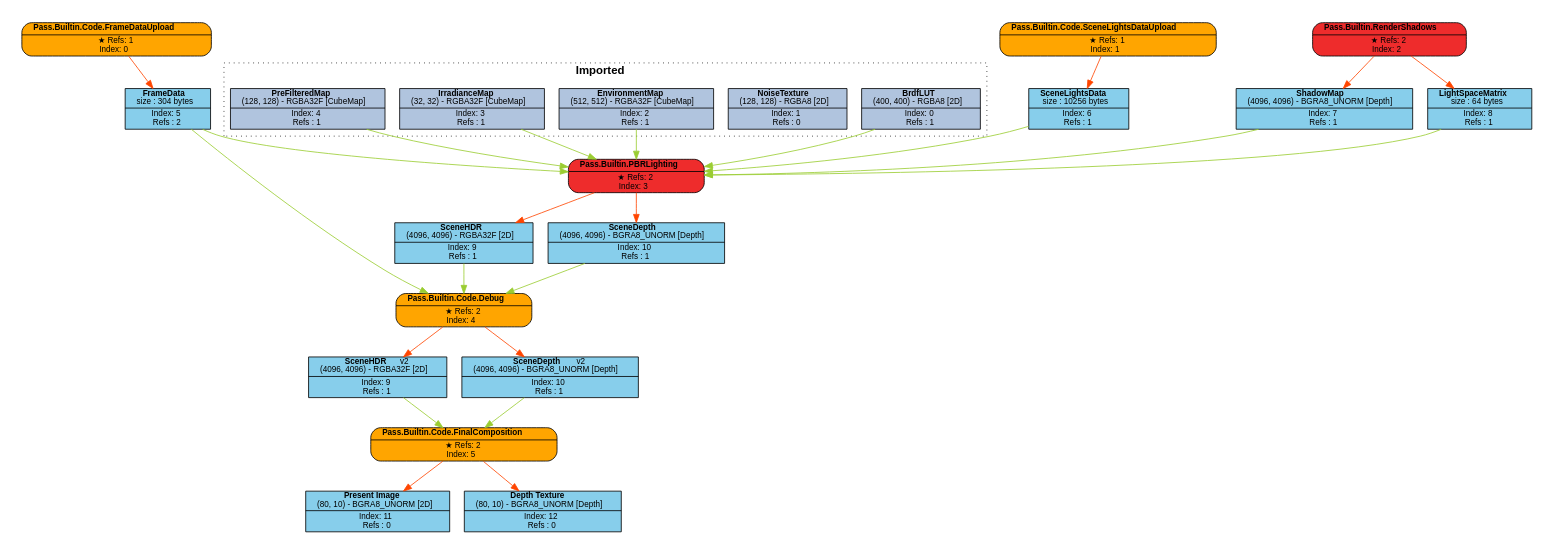
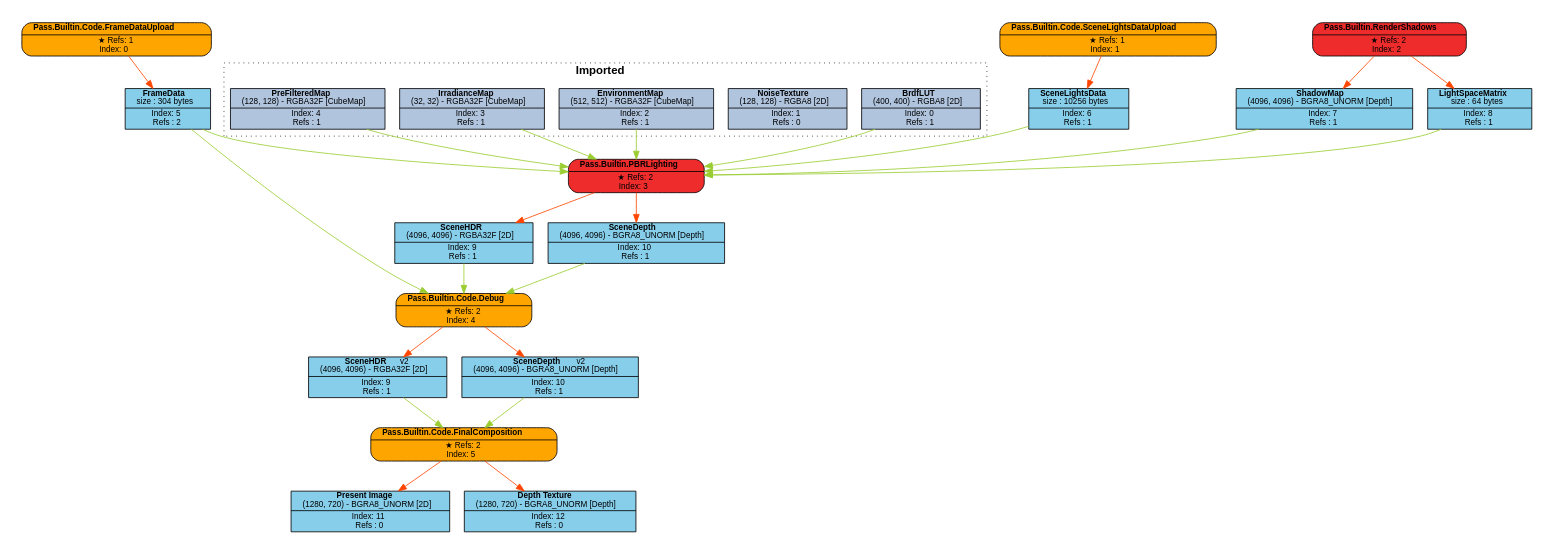
The diagram in Engine/content/FrameGraphs/pbr_lighting_data_driven.dot (Pikachuxxxx/Razix), drawn with Graphviz before and after one commit. The commit also changed 15 other files, not shown here.

```diff
--- a/Engine/content/FrameGraphs/pbr_lighting_data_driven.dot
+++ b/Engine/content/FrameGraphs/pbr_lighting_data_driven.dot
@@ -1,75 +1,75 @@
 digraph FrameGraph {
 graph [style=invis, rankdir="TB" ordering=out, splines=spline]
 node [shape=record, fontname="helvetica", fontsize=10, margin="0.2,0.03"]
 
 P0 [label=<{ {<B>Pass.Builtin.Code.FrameDataUpload</B>} | {&#x2605; Refs: 1<BR/> Index: 0} }> style="rounded,filled", fillcolor=orange]
 P1 [label=<{ {<B>Pass.Builtin.Code.SceneLightsDataUpload</B>} | {&#x2605; Refs: 1<BR/> Index: 1} }> style="rounded,filled", fillcolor=orange]
 P2 [label=<{ {<B>Pass.Builtin.RenderShadows</B>} | {&#x2605; Refs: 2<BR/> Index: 2} }> style="rounded,filled", fillcolor=firebrick2]
 P3 [label=<{ {<B>Pass.Builtin.PBRLighting</B>} | {&#x2605; Refs: 2<BR/> Index: 3} }> style="rounded,filled", fillcolor=firebrick2]
 P4 [label=<{ {<B>Pass.Builtin.Code.Debug</B>} | {&#x2605; Refs: 2<BR/> Index: 4} }> style="rounded,filled", fillcolor=orange]
 P5 [label=<{ {<B>Pass.Builtin.Code.FinalComposition</B>} | {&#x2605; Refs: 2<BR/> Index: 5} }> style="rounded,filled", fillcolor=orange]
 
 R0_1 [label=<{ {<B>BrdfLUT</B><BR/>(400, 400) - RGBA8 [2D]} | {Index: 0<BR/>Refs : 1} }> style=filled, fillcolor=lightsteelblue]
 R1_1 [label=<{ {<B>NoiseTexture</B><BR/>(128, 128) - RGBA8 [2D]} | {Index: 1<BR/>Refs : 0} }> style=filled, fillcolor=lightsteelblue]
 R2_1 [label=<{ {<B>EnvironmentMap</B><BR/>(512, 512) - RGBA32F [CubeMap]} | {Index: 2<BR/>Refs : 1} }> style=filled, fillcolor=lightsteelblue]
 R3_1 [label=<{ {<B>IrradianceMap</B><BR/>(32, 32) - RGBA32F [CubeMap]} | {Index: 3<BR/>Refs : 1} }> style=filled, fillcolor=lightsteelblue]
 R4_1 [label=<{ {<B>PreFilteredMap</B><BR/>(128, 128) - RGBA32F [CubeMap]} | {Index: 4<BR/>Refs : 1} }> style=filled, fillcolor=lightsteelblue]
 R5_1 [label=<{ {<B>FrameData</B><BR/>size : 304 bytes} | {Index: 5<BR/>Refs : 2} }> style=filled, fillcolor=skyblue]
 R6_1 [label=<{ {<B>SceneLightsData</B><BR/>size : 10256 bytes} | {Index: 6<BR/>Refs : 1} }> style=filled, fillcolor=skyblue]
 R7_1 [label=<{ {<B>ShadowMap</B><BR/>(4096, 4096) - BGRA8_UNORM [Depth]} | {Index: 7<BR/>Refs : 1} }> style=filled, fillcolor=skyblue]
 R8_1 [label=<{ {<B>LightSpaceMatrix</B><BR/>size : 64 bytes} | {Index: 8<BR/>Refs : 1} }> style=filled, fillcolor=skyblue]
 R9_1 [label=<{ {<B>SceneHDR</B><BR/>(4096, 4096) - RGBA32F [2D]} | {Index: 9<BR/>Refs : 1} }> style=filled, fillcolor=skyblue]
 R10_1 [label=<{ {<B>SceneDepth</B><BR/>(4096, 4096) - BGRA8_UNORM [Depth]} | {Index: 10<BR/>Refs : 1} }> style=filled, fillcolor=skyblue]
 R9_2 [label=<{ {<B>SceneHDR</B>   <FONT>v2</FONT><BR/>(4096, 4096) - RGBA32F [2D]} | {Index: 9<BR/>Refs : 1} }> style=filled, fillcolor=skyblue]
 R10_2 [label=<{ {<B>SceneDepth</B>   <FONT>v2</FONT><BR/>(4096, 4096) - BGRA8_UNORM [Depth]} | {Index: 10<BR/>Refs : 1} }> style=filled, fillcolor=skyblue]
-R11_1 [label=<{ {<B>Present Image</B><BR/>(80, 10) - BGRA8_UNORM [2D]} | {Index: 11<BR/>Refs : 0} }> style=filled, fillcolor=skyblue]
-R12_1 [label=<{ {<B>Depth Texture</B><BR/>(80, 10) - BGRA8_UNORM [Depth]} | {Index: 12<BR/>Refs : 0} }> style=filled, fillcolor=skyblue]
+R11_1 [label=<{ {<B>Present Image</B><BR/>(1280, 720) - BGRA8_UNORM [2D]} | {Index: 11<BR/>Refs : 0} }> style=filled, fillcolor=skyblue]
+R12_1 [label=<{ {<B>Depth Texture</B><BR/>(1280, 720) - BGRA8_UNORM [Depth]} | {Index: 12<BR/>Refs : 0} }> style=filled, fillcolor=skyblue]
 
 P0 -> { R5_1 } [color=orangered]
 P1 -> { R6_1 } [color=orangered]
 P2 -> { R7_1 R8_1 } [color=orangered]
 P3 -> { R9_1 R10_1 } [color=orangered]
 P4 -> { R9_2 R10_2 } [color=orangered]
 P5 -> { R11_1 R12_1 } [color=orangered]
 
 R0_1 -> { P3 } [color=olivedrab3]
 R1_1 -> { } [color=olivedrab3]
 R2_1 -> { P3 } [color=olivedrab3]
 R3_1 -> { P3 } [color=olivedrab3]
 R4_1 -> { P3 } [color=olivedrab3]
 R5_1 -> { P3 P4 } [color=olivedrab3]
 R6_1 -> { P3 } [color=olivedrab3]
 R7_1 -> { P3 } [color=olivedrab3]
 R8_1 -> { P3 } [color=olivedrab3]
 R9_1 -> { P4 } [color=olivedrab3]
 R10_1 -> { P4 } [color=olivedrab3]
 R9_2 -> { P5 } [color=olivedrab3]
 R10_2 -> { P5 } [color=olivedrab3]
 R11_1 -> { } [color=olivedrab3]
 R12_1 -> { } [color=olivedrab3]
 
 subgraph cluster_0 {
 P0 R5_1 
 }
 subgraph cluster_1 {
 P1 R6_1 
 }
 subgraph cluster_2 {
 P2 R7_1 R8_1 
 }
 subgraph cluster_3 {
 P3 R9_1 R10_1 
 }
 subgraph cluster_4 {
 P4 
 }
 subgraph cluster_5 {
 P5 R11_1 R12_1 
 }
 
 subgraph cluster_imported_resources {
 graph [style=dotted, fontname="helvetica", label=< <B>Imported</B> >]
 R0_1 R1_1 R2_1 R3_1 R4_1 
 }
 
 }
```
